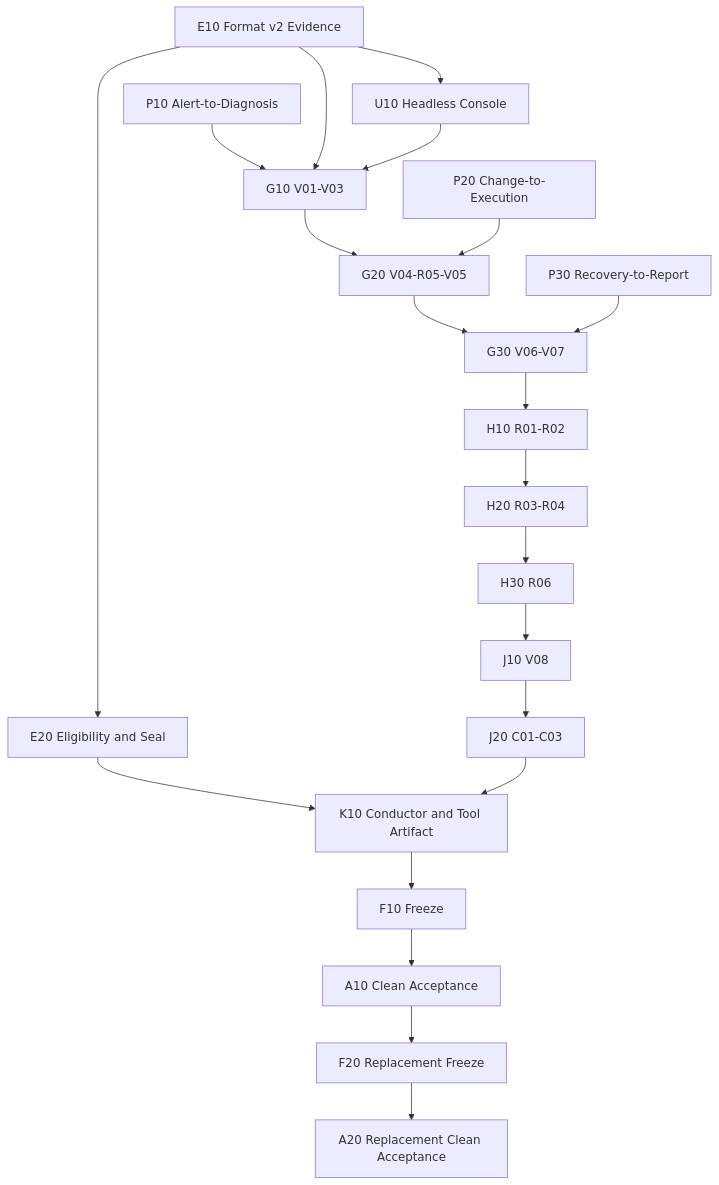
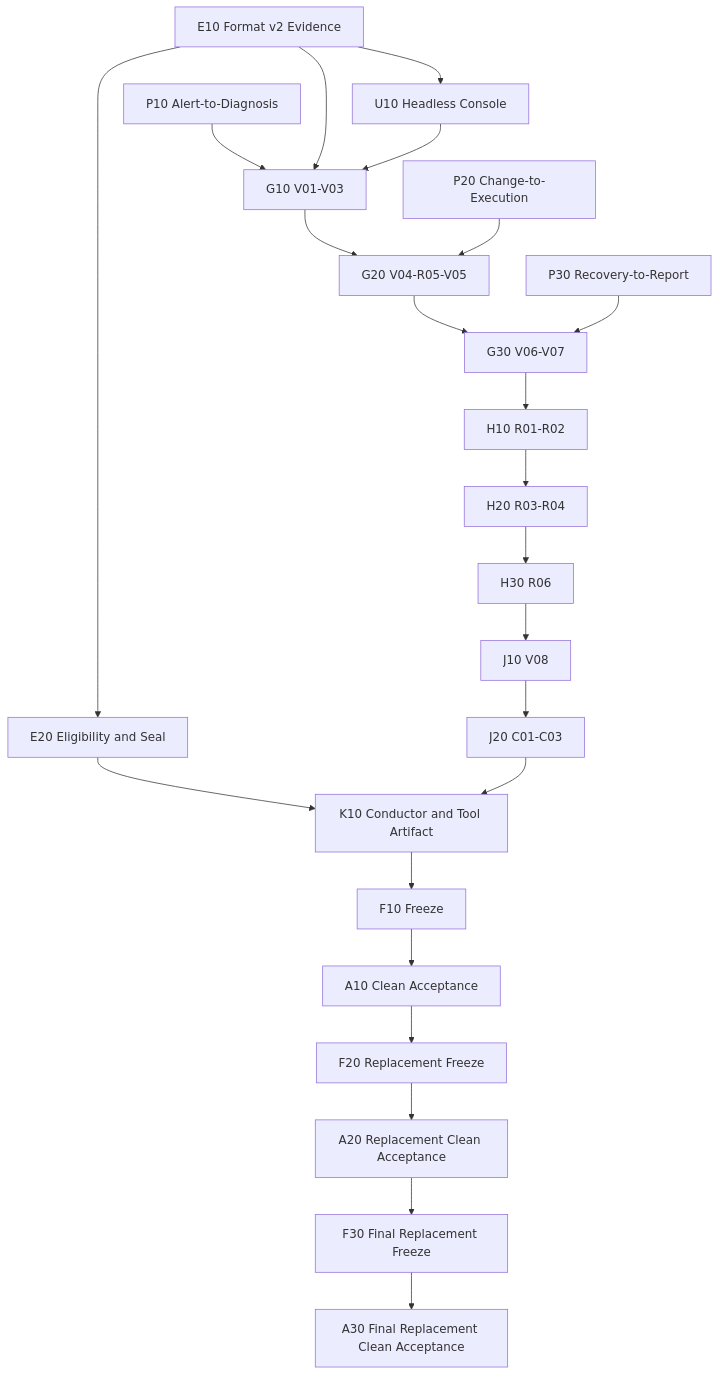
The diagram in .scratch/aiops-pilot-ready/remediation-tickets.md (Timeless0927/AIops), drawn with Mermaid before and after one commit. The commit also changed other lines of this file and 1 other file, not shown here.

Commit message:
docs(acceptance): authorize final F30 A30 cycle

````diff
--- a/.scratch/aiops-pilot-ready/remediation-tickets.md
+++ b/.scratch/aiops-pilot-ready/remediation-tickets.md
@@ -12,23 +12,25 @@
 ```mermaid
 flowchart TD
   E10["E10 Format v2 Evidence"] --> E20["E20 Eligibility and Seal"]
   E10 --> U10["U10 Headless Console"]
   P10["P10 Alert-to-Diagnosis"] --> G10["G10 V01-V03"]
   E10 --> G10
   U10 --> G10
   G10 --> G20["G20 V04-R05-V05"]
   P20["P20 Change-to-Execution"] --> G20
   G20 --> G30["G30 V06-V07"]
   P30["P30 Recovery-to-Report"] --> G30
   G30 --> H10["H10 R01-R02"]
   H10 --> H20["H20 R03-R04"]
   H20 --> H30["H30 R06"]
   H30 --> J10["J10 V08"]
   J10 --> J20["J20 C01-C03"]
   E20 --> K10["K10 Conductor and Tool Artifact"]
   J20 --> K10
   K10 --> F10["F10 Freeze"]
   F10 --> A10["A10 Clean Acceptance"]
   A10 --> F20["F20 Replacement Freeze"]
   F20 --> A20["A20 Replacement Clean Acceptance"]
+  A20 --> F30["F30 Final Replacement Freeze"]
+  F30 --> A30["A30 Final Replacement Clean Acceptance"]
 ```
````
